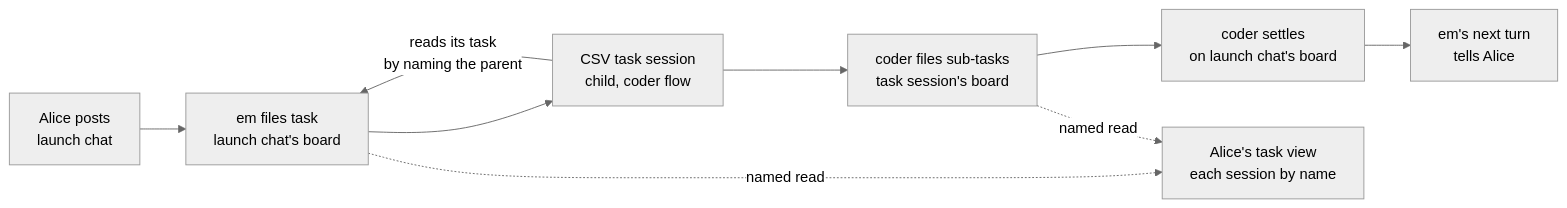
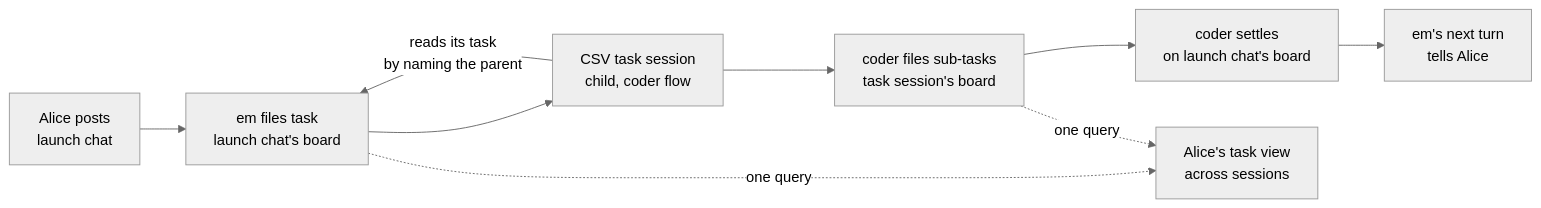
The second of 2 diagrams in docs/internal/design/scopes-and-sessions.md (fixpoint-labs/flow-state-dev), drawn with Mermaid (neutral theme) before and after one commit. The commit also changed other lines of this file, not shown here.

First line of the commit message:
Concept doc: storage vs behaviour, registration, one cross-session query

````diff
--- a/docs/internal/design/scopes-and-sessions.md
+++ b/docs/internal/design/scopes-and-sessions.md
@@ -244,11 +263,11 @@
 ```mermaid
 flowchart LR
   A["Alice posts<br/>launch chat"] --> F["em files task<br/>launch chat's board"]
   F --> C["CSV task session<br/>child, coder flow"]
   C -->|"reads its task<br/>by naming the parent"| F
   C --> P["coder files sub-tasks<br/>task session's board"]
   P --> S["coder settles<br/>on launch chat's board"]
   S --> W["em's next turn<br/>tells Alice"]
-  F -. "named read" .-> V["Alice's task view<br/>each session by name"]
-  P -. "named read" .-> V
+  F -. "one query" .-> V["Alice's task view<br/>across sessions"]
+  P -. "one query" .-> V
 ```
````
